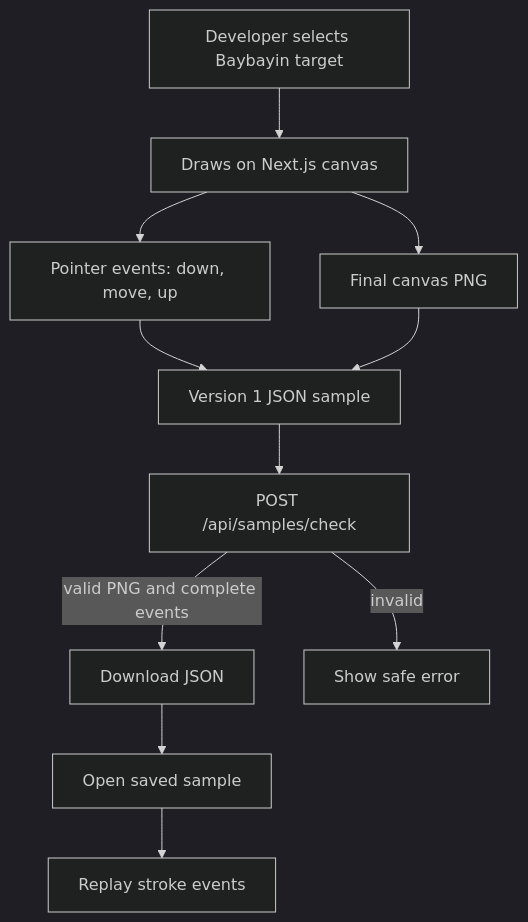
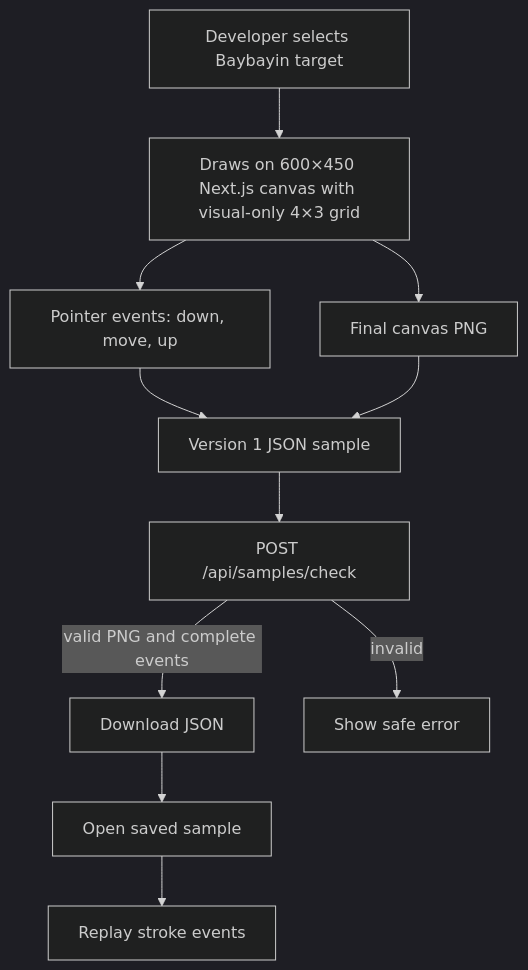
The first of 5 diagrams in app/docs/flow.md (KennethCodepuz/baybayin), drawn with Mermaid (dark theme) before and after one commit. The commit also changed 5 other files, not shown here.

````diff
--- a/app/docs/flow.md
+++ b/app/docs/flow.md
@@ -7,13 +7,13 @@
 ```mermaid
 flowchart TD
-    A[Developer selects Baybayin target] --> B[Draws on Next.js canvas]
+    A[Developer selects Baybayin target] --> B[Draws on 600×450 Next.js canvas with visual-only 4×3 grid]
     B --> C[Pointer events: down, move, up]
     B --> D[Final canvas PNG]
     C --> E[Version 1 JSON sample]
     D --> E
     E --> F[POST /api/samples/check]
     F -->|valid PNG and complete events| G[Download JSON]
     F -->|invalid| H[Show safe error]
     G --> I[Open saved sample]
     I --> J[Replay stroke events]
 ```
````
